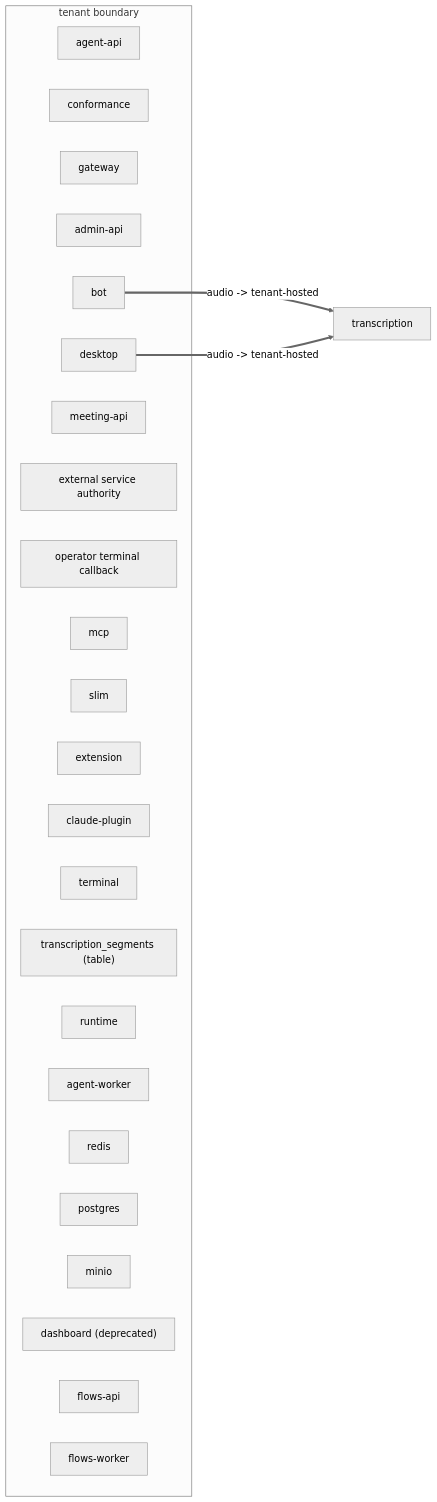
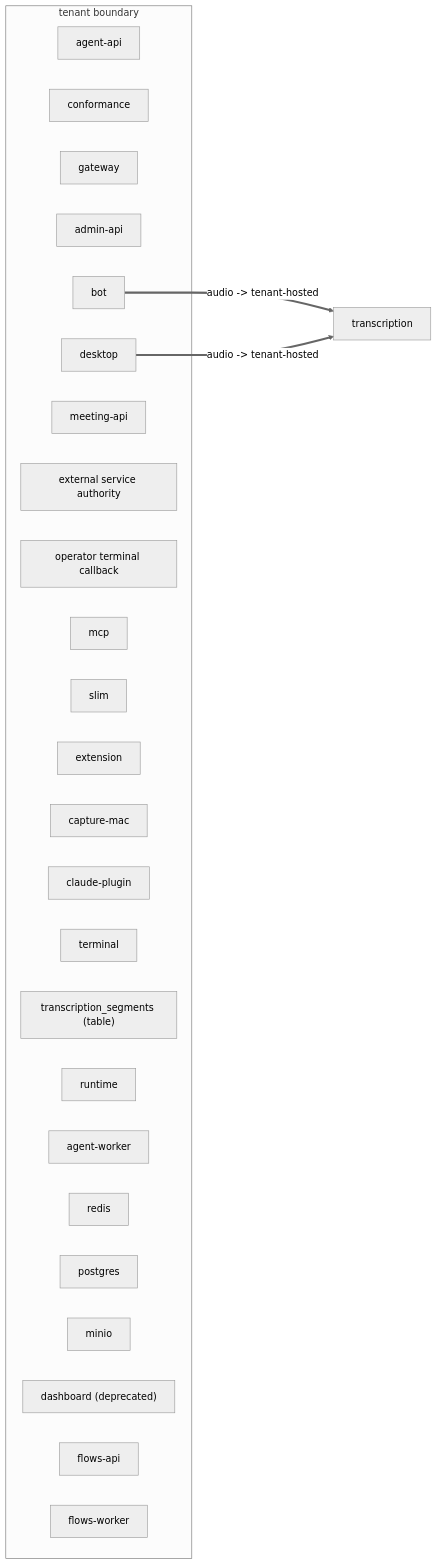
The diagram in docs/views/egress.mmd (jpsank/Salesinator), drawn with Mermaid (neutral theme) before and after one commit. The commit also changed 28 other files, not shown here.

First line of the commit message:
capture-mac: Vexa Capture, a Mac menu-bar app that transcribes a Zoom/Teams call without a bot

```diff
--- a/docs/views/egress.mmd
+++ b/docs/views/egress.mmd
@@ -1,31 +1,32 @@
 %% GENERATED — pnpm arch:dsl --write
 flowchart LR
   subgraph tenant["tenant boundary"]
     agent_api["agent-api"]
     conformance["conformance"]
     gateway["gateway"]
     admin_api["admin-api"]
     bot["bot"]
     desktop["desktop"]
     meeting_api["meeting-api"]
     service_authority["external service authority"]
     system_webhook["operator terminal callback"]
     mcp["mcp"]
     slim["slim"]
     extension["extension"]
+    capture_mac["capture-mac"]
     claude_plugin["claude-plugin"]
     terminal["terminal"]
     segments_table["transcription_segments (table)"]
     runtime["runtime"]
     agent_worker["agent-worker"]
     redis["redis"]
     postgres["postgres"]
     minio["minio"]
     dashboard["dashboard (deprecated)"]
     flows_api["flows-api"]
     flows_worker["flows-worker"]
   end
   transcription["transcription"]
   bot ==>|"audio -> tenant-hosted"| transcription
   transcription["transcription"]
   desktop ==>|"audio -> tenant-hosted"| transcription
```
